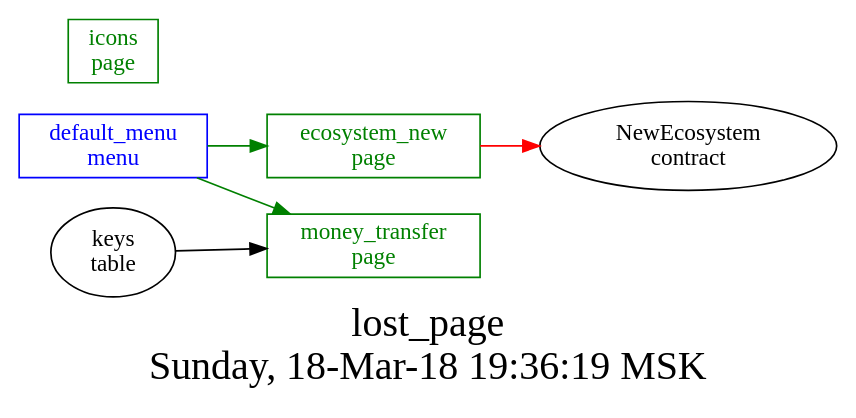
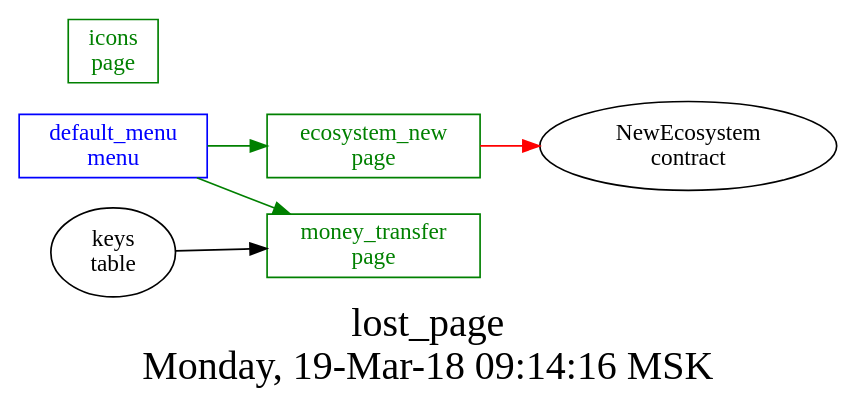
Before and after one commit to AplaProject/apps: the diagram in src/lost_pages/struct.dot, drawn with Graphviz. The commit also changed 2 other files, not shown here.

```diff
--- a/src/lost_pages/struct.dot
+++ b/src/lost_pages/struct.dot
@@ -1,18 +1,18 @@
 digraph G {
 graph [
   fontsize="24";
-  label="lost_page\nSunday, 18-Mar-18 19:36:19 MSK";
+  label="lost_page\nMonday, 19-Mar-18 09:14:16 MSK";
   nojustify=true;
   ordering=out;
   rankdir=LR;
   size="30";
 ];
 "default_menu\nmenu" -> "ecosystem_new\npage"  [ color=green ]
 "default_menu\nmenu" -> "money_transfer\npage"  [ color=green ]
 "default_menu\nmenu" [color=blue, fontcolor=blue, group=menus, shape=record];
 "ecosystem_new\npage" -> "NewEcosystem\ncontract"  [ color=red ]
 "ecosystem_new\npage" [color=green, fontcolor=green, group=pages, shape=record];
 "icons\npage" [color=green, fontcolor=green, group=pages, shape=record];
 "keys\ntable" -> "money_transfer\npage"  [ color="" ]
 "money_transfer\npage" [color=green, fontcolor=green, group=pages, shape=record];
 }
```
